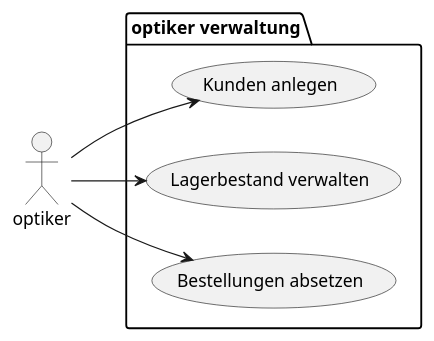
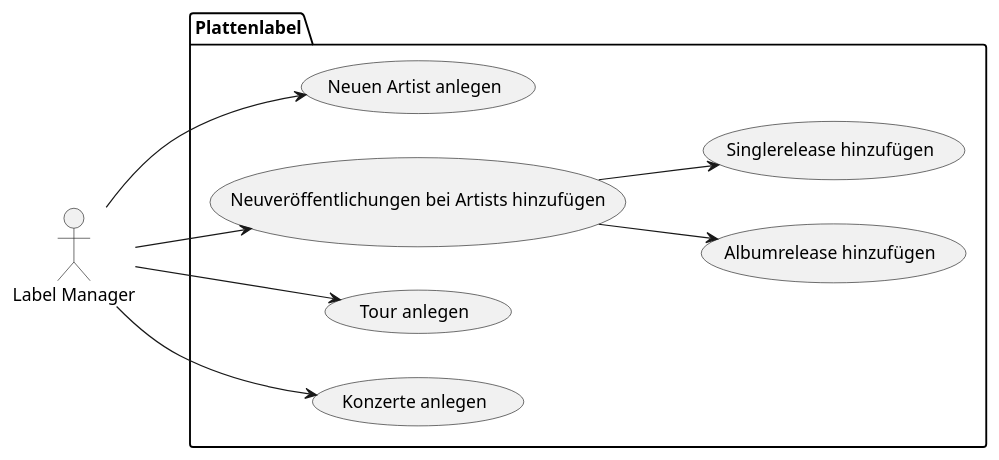
One commit to 2122-5ahitm-sew/01-microproject-thoefler changed the diagram in asciidoc/plantuml/usecase.puml. Above: the diagram before and after it, drawn with PlantUML. The commit also changed 2 other files, not shown here.

Commit message:
Added new usecase and class diagram

```diff
--- a/asciidoc/plantuml/usecase.puml
+++ b/asciidoc/plantuml/usecase.puml
@@ -1,20 +1,26 @@
 @startuml
 
 left to right direction
 
-actor optiker as o
+actor "Label Manager" as lm
 
-package "optiker verwaltung" {
-    usecase "Kunden anlegen" as uc1
-    usecase "Lagerbestand verwalten" as uc2
-    usecase "Bestellungen absetzen" as uc3
+package "Plattenlabel" {
+    usecase "Neuen Artist anlegen" as uc1
+    usecase "Neuveröffentlichungen bei Artists hinzufügen" as uc2
+    usecase "Albumrelease hinzufügen" as uc21
+    usecase "Singlerelease hinzufügen" as uc22
+    usecase "Tour anlegen" as uc3
+    usecase "Konzerte anlegen" as uc4
 }
 
 
-o --> uc1
-o --> uc2
-o --> uc3
+lm --> uc1
+lm --> uc2
+uc2 --> uc21
+uc2 --> uc22
+lm --> uc3
+lm --> uc4
 
 
 
 @enduml
```
